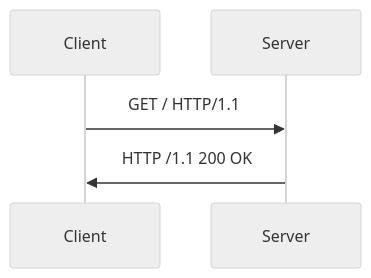
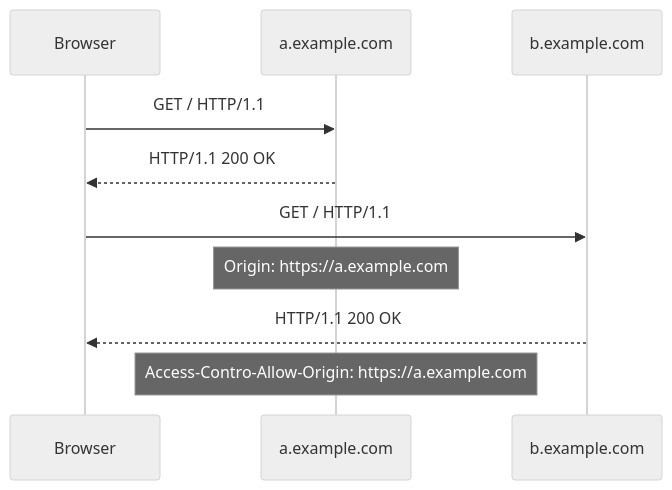
One commit to zeek0x/cors-handson changed the first of 3 diagrams in README.md. Above: the diagram before and after it, drawn with Mermaid (neutral theme). The commit also changed other lines of this file, not shown here.

Commit message:
Sequence diagram

````diff
--- a/README.md
+++ b/README.md
@@ -35,7 +33,14 @@
 ```mermaid
 sequenceDiagram
-    participant Client
-    participant Server
-    Client->>Server: GET / HTTP/1.1
-    Server->>Client: HTTP /1.1 200 OK
+    participant c as Browser
+    participant a as a.example.com
+    participant b as b.example.com
+
+    c->>a: GET / HTTP/1.1
+    a-->>c: HTTP/1.1 200 OK
+
+    c->>b: GET / HTTP/1.1
+    Note over a: Origin: https://a.example.com
+    b-->>c: HTTP/1.1 200 OK
+    Note over a: Access-Contro-Allow-Origin: https://a.example.com
 ```
````
